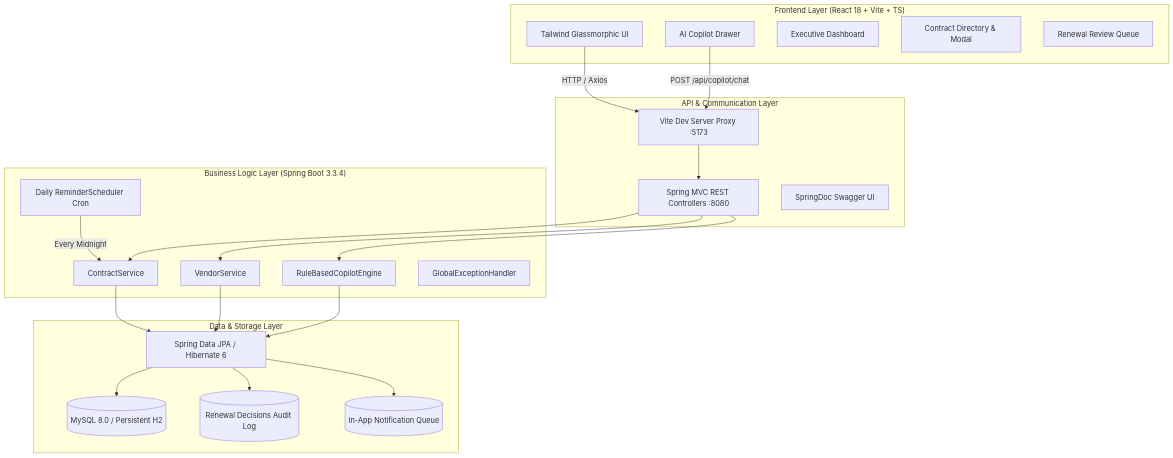
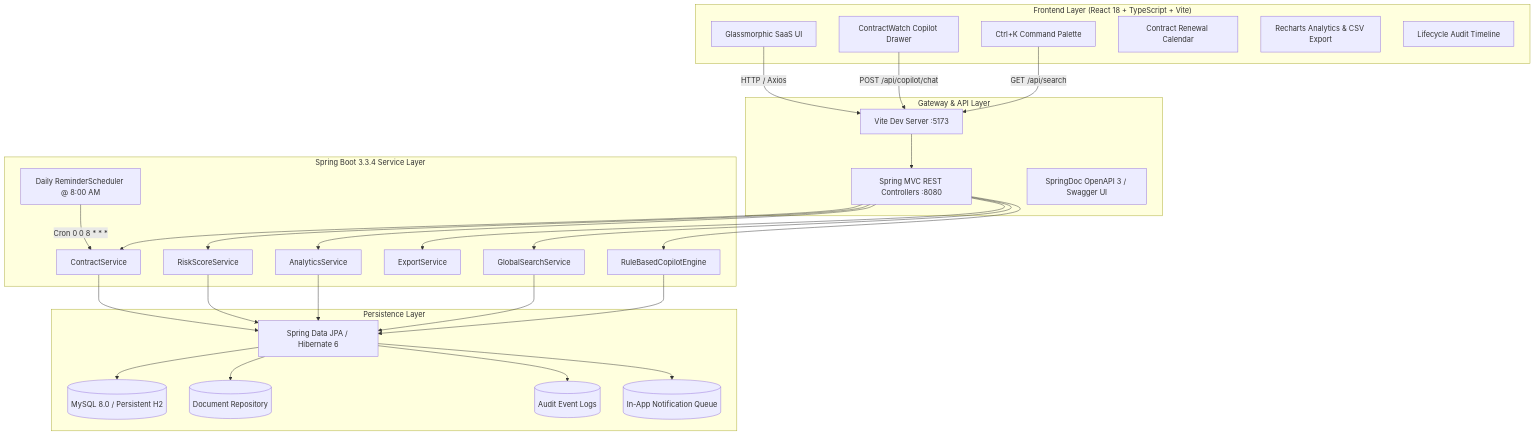
Before and after one commit to lalithprabu7/jp22: the diagram in README.md, drawn with Mermaid. The commit also changed other lines of this file and 54 other files, not shown here.

Commit message:
feat: complete ContractWatch enterprise platform with risk score engine, calendar, analytics, audit timeline, copilot demo queries, multi-documents, and global search

````diff
--- a/README.md
+++ b/README.md
@@ -44,45 +49,56 @@
 ```mermaid
 graph TD
-    subgraph Client ["Frontend Layer (React 18 + Vite + TS)"]
-        UI[Tailwind Glassmorphic UI]
-        CopilotUI[AI Copilot Drawer]
-        Dashboard[Executive Dashboard]
-        ContractsModule[Contract Directory & Modal]
-        RenewalCenter[Renewal Review Queue]
+    subgraph Client ["Frontend Layer (React 18 + TypeScript + Vite)"]
+        UI[Glassmorphic SaaS UI]
+        CopilotUI[ContractWatch Copilot Drawer]
+        CommandBar[Ctrl+K Command Palette]
+        CalendarView[Contract Renewal Calendar]
+        AnalyticsView[Recharts Analytics & CSV Export]
+        TimelineView[Lifecycle Audit Timeline]
     end
 
-    subgraph Gateway ["API & Communication Layer"]
-        ViteProxy[Vite Dev Server Proxy :5173]
+    subgraph Gateway ["Gateway & API Layer"]
+        ViteProxy[Vite Dev Server :5173]
         REST[Spring MVC REST Controllers :8080]
-        OpenAPI[SpringDoc Swagger UI]
+        OpenAPI[SpringDoc OpenAPI 3 / Swagger UI]
     end
 
-    subgraph Backend ["Business Logic Layer (Spring Boot 3.3.4)"]
+    subgraph ServiceLayer ["Spring Boot 3.3.4 Service Layer"]
         ContractSvc[ContractService]
-        VendorSvc[VendorService]
+        RiskSvc[RiskScoreService]
+        AnalyticsSvc[AnalyticsService]
+        ExportSvc[ExportService]
+        SearchSvc[GlobalSearchService]
         CopilotEng[RuleBasedCopilotEngine]
-        Scheduler[Daily ReminderScheduler Cron]
-        ExceptionAdvisor[GlobalExceptionHandler]
+        Scheduler[Daily ReminderScheduler @ 8:00 AM]
     end
 
-    subgraph Persistence ["Data & Storage Layer"]
+    subgraph DataLayer ["Persistence Layer"]
         JPA[Spring Data JPA / Hibernate 6]
         MySQL[(MySQL 8.0 / Persistent H2)]
-        AuditLog[(Renewal Decisions Audit Log)]
-        NotificationStore[(In-App Notification Queue)]
+        DocStore[(Document Repository)]
+        AuditStore[(Audit Event Logs)]
+        NotifStore[(In-App Notification Queue)]
     end
 
     UI -->|HTTP / Axios| ViteProxy
     CopilotUI -->|POST /api/copilot/chat| ViteProxy
+    CommandBar -->|GET /api/search| ViteProxy
     ViteProxy --> REST
     REST --> ContractSvc
-    REST --> VendorSvc
+    REST --> RiskSvc
+    REST --> AnalyticsSvc
+    REST --> ExportSvc
+    REST --> SearchSvc
     REST --> CopilotEng
-    Scheduler -->|Every Midnight| ContractSvc
+    Scheduler -->|Cron 0 0 8 * * *| ContractSvc
     ContractSvc --> JPA
-    VendorSvc --> JPA
+    RiskSvc --> JPA
+    AnalyticsSvc --> JPA
+    SearchSvc --> JPA
     CopilotEng --> JPA
     JPA --> MySQL
-    JPA --> AuditLog
-    JPA --> NotificationStore
+    JPA --> DocStore
+    JPA --> AuditStore
+    JPA --> NotifStore
 ```
````
